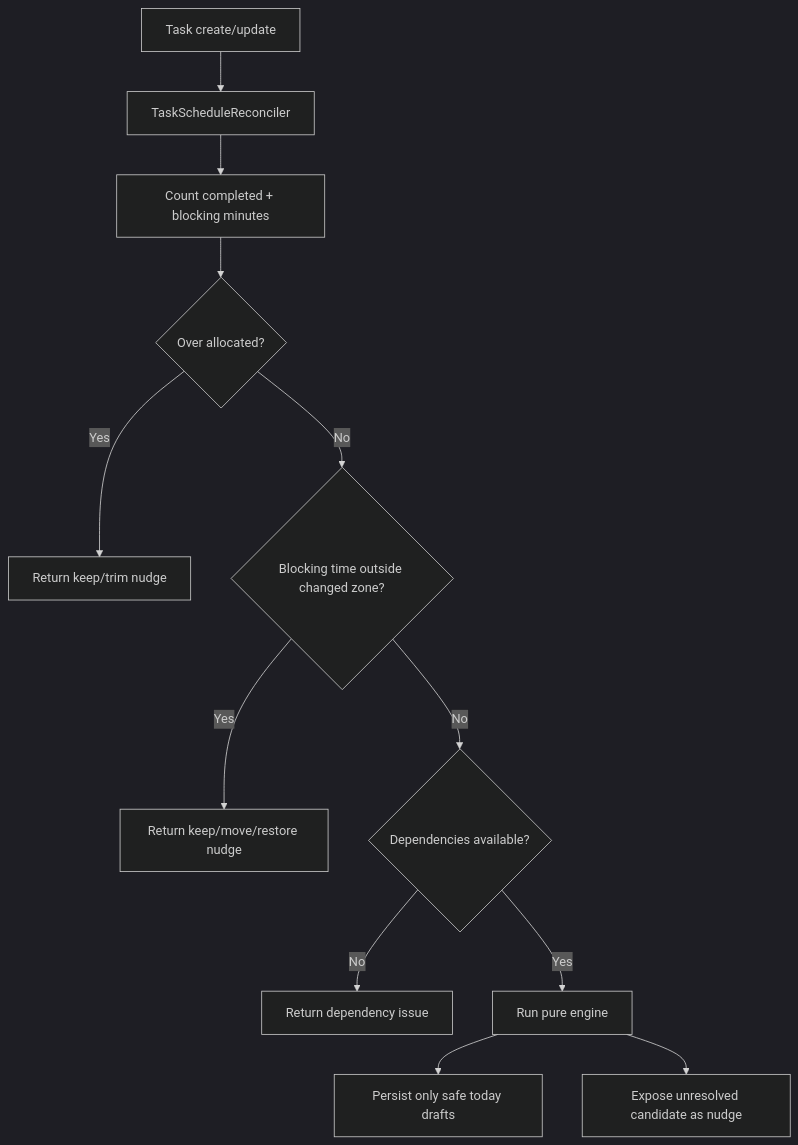
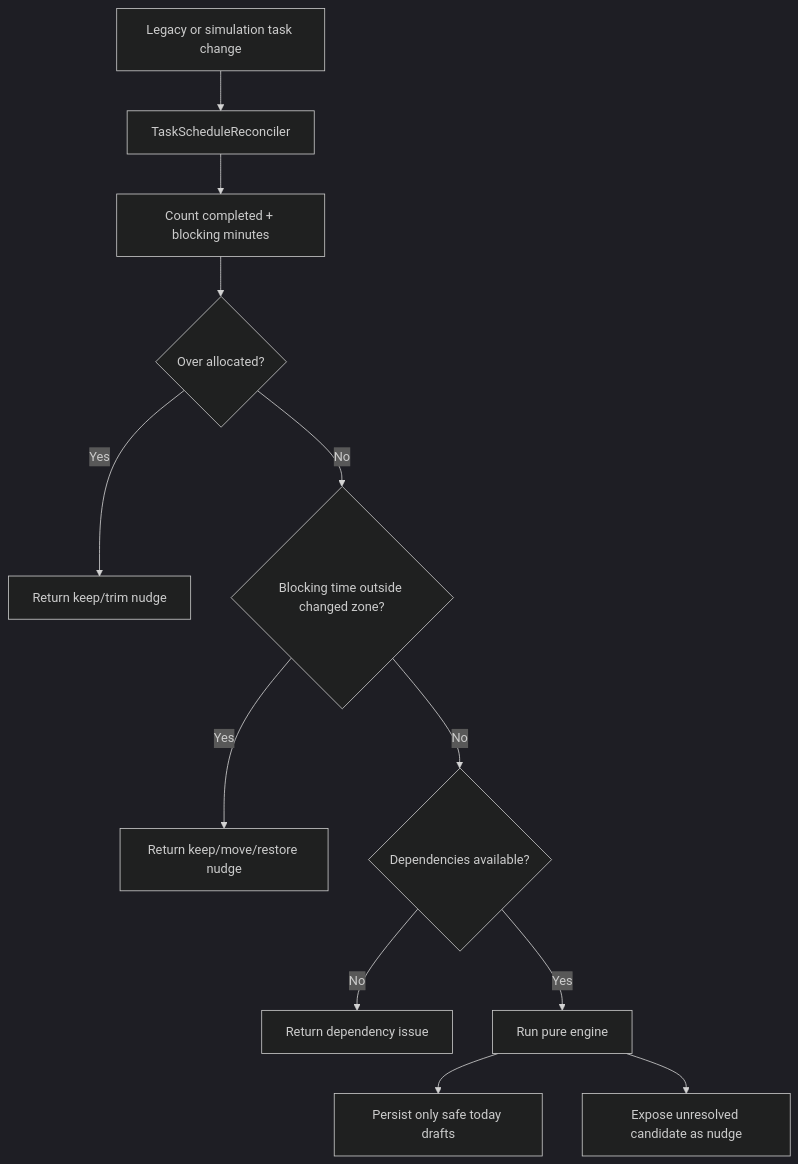
The second of 3 diagrams in SCHEDULING_DOMAIN_ENGINE_AND_MVI.md (Awan-app/Awan-iOS), drawn with Mermaid (dark theme) before and after one commit. The commit also changed other lines of this file and 16 other files, not shown here.

````diff
--- a/SCHEDULING_DOMAIN_ENGINE_AND_MVI.md
+++ b/SCHEDULING_DOMAIN_ENGINE_AND_MVI.md
@@ -288,14 +289,14 @@
 ```mermaid
 flowchart TD
-    Change["Task create/update"] --> Reconciler["TaskScheduleReconciler"]
+    Change["Legacy or simulation task change"] --> Reconciler["TaskScheduleReconciler"]
     Reconciler --> Protected["Count completed + blocking minutes"]
     Protected --> Over{"Over allocated?"}
     Over -- Yes --> OverNudge["Return keep/trim nudge"]
     Over -- No --> Zone{"Blocking time outside changed zone?"}
     Zone -- Yes --> ZoneNudge["Return keep/move/restore nudge"]
     Zone -- No --> Dependencies{"Dependencies available?"}
     Dependencies -- No --> DependencyNudge["Return dependency issue"]
     Dependencies -- Yes --> Engine["Run pure engine"]
     Engine --> Today["Persist only safe today drafts"]
     Engine --> Candidate["Expose unresolved candidate as nudge"]
 ```
````
